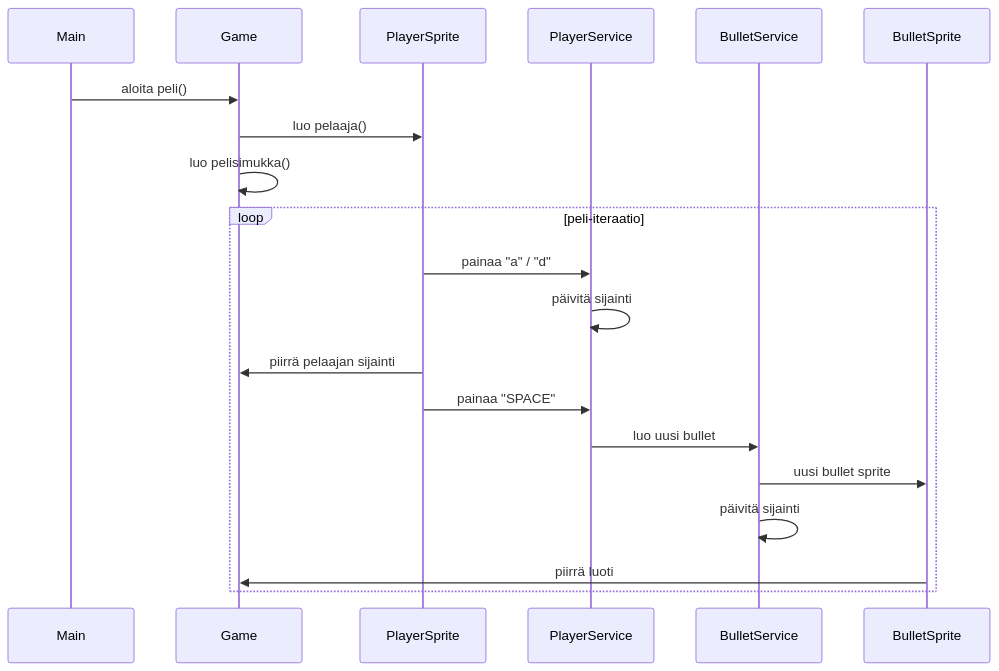
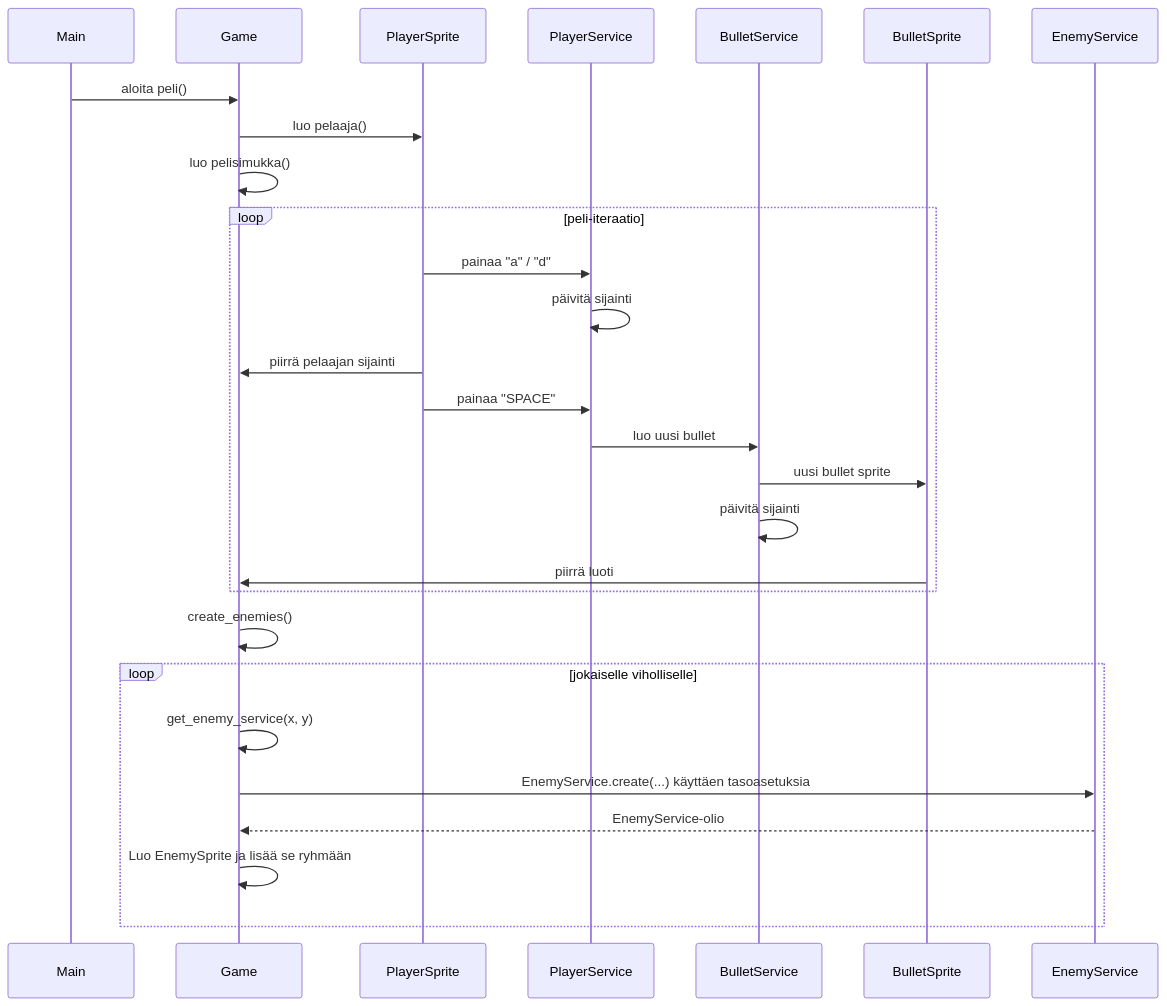
Diagram 16 of 20 in dokumentaatio/arkkitehtuuri.md (Tapir79/ot-harjoitustyo), drawn with Mermaid before and after one commit. The commit also changed other lines of this file and 2 other files, not shown here.

Commit message:
Update architecture

````diff
--- a/dokumentaatio/arkkitehtuuri.md
+++ b/dokumentaatio/arkkitehtuuri.md
@@ -358,24 +414,32 @@
 ```mermaid
 sequenceDiagram
     participant Main
     participant Game
     participant PlayerSprite
     participant PlayerService
     participant BulletService
     participant BulletSprite
 
     Main->>Game: aloita peli()
     Game->>PlayerSprite:luo pelaaja()
     Game->>Game: luo pelisimukka()
 
     loop peli-iteraatio
         PlayerSprite->>PlayerService: painaa "a" / "d"
         PlayerService->>PlayerService: päivitä sijainti
         PlayerSprite->>Game: piirrä pelaajan sijainti
         PlayerSprite->>PlayerService: painaa "SPACE"
         PlayerService->>BulletService: luo uusi bullet
         BulletService->>BulletSprite: uusi bullet sprite
         BulletService->>BulletService: päivitä sijainti
         BulletSprite->>Game: piirrä luoti
     end
+
+    Game->>Game: create_enemies()
+    loop jokaiselle viholliselle
+        Game->>Game: get_enemy_service(x, y)
+        Game->>EnemyService: EnemyService.create(...) käyttäen tasoasetuksia
+        EnemyService-->>Game: EnemyService-olio
+        Game->>Game: Luo EnemySprite ja lisää se ryhmään
+    end
 ```
````
